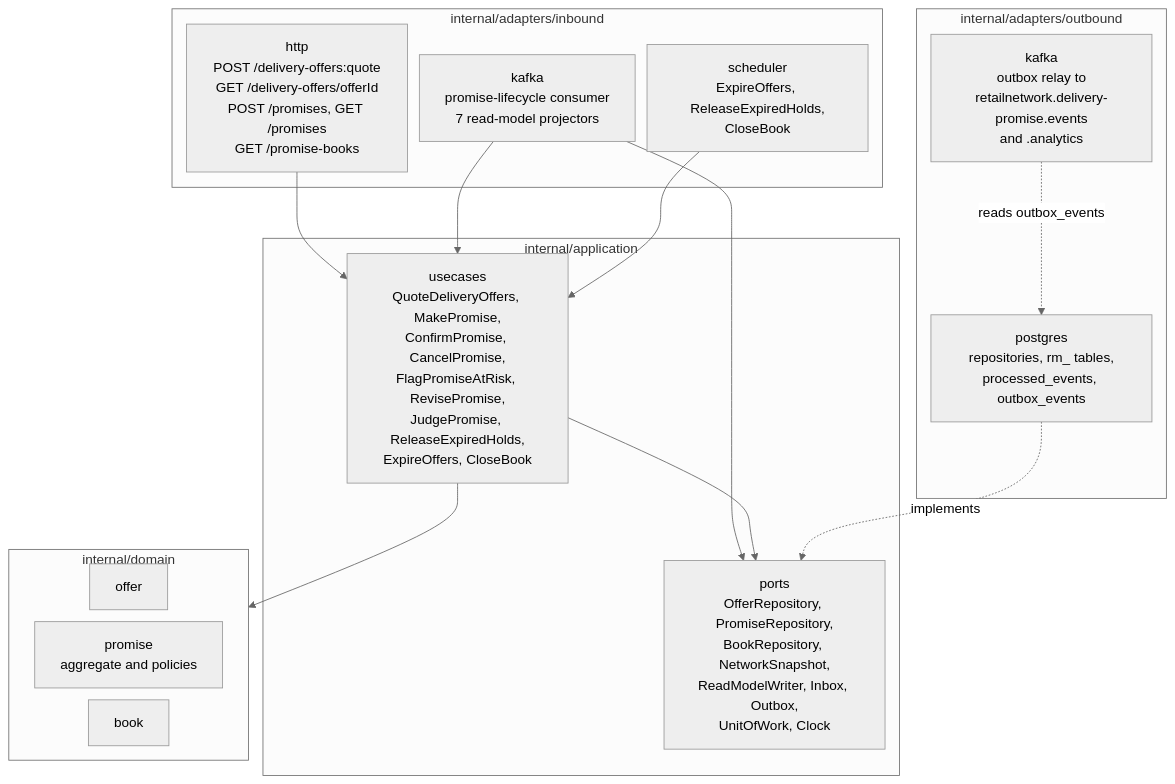
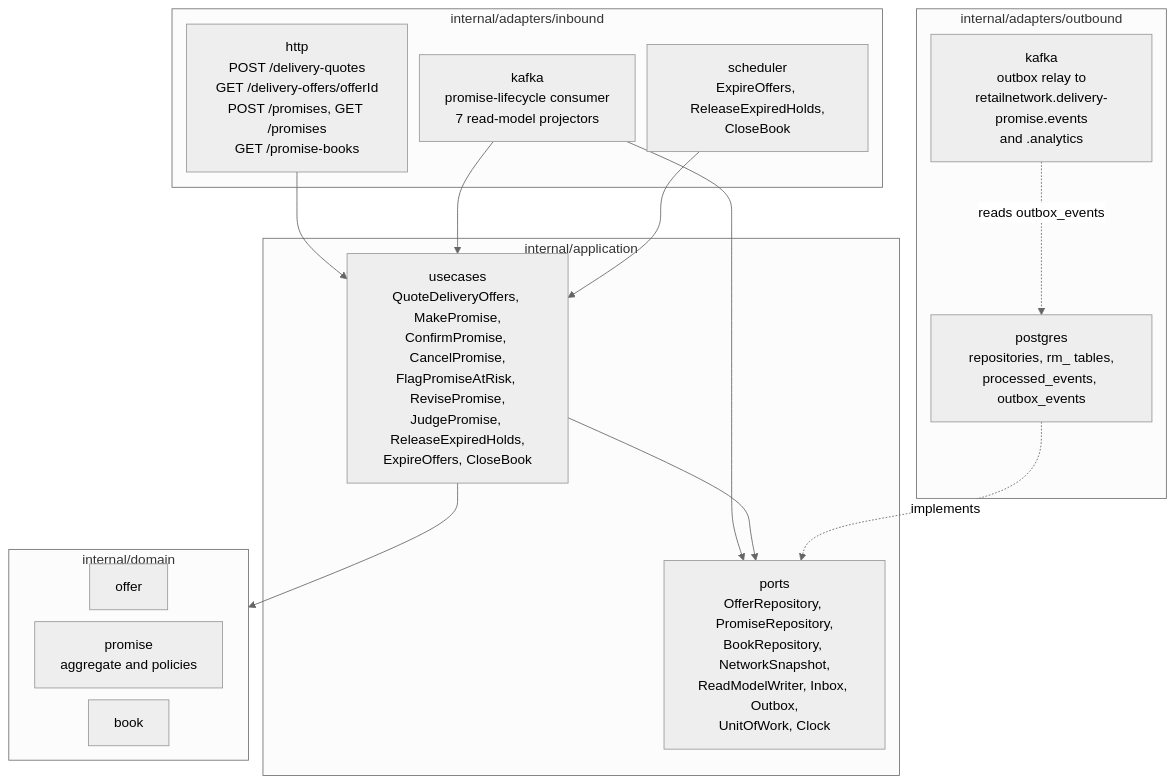
Before and after one commit to IQVO/warehouse-docs: the ninth of 9 diagrams in network/docs/contexts/delivery-promise/class-diagram.md, drawn with Mermaid (neutral theme). The commit also changed 272 other files, not shown here.

````diff
--- a/network/docs/contexts/delivery-promise/class-diagram.md
+++ b/network/docs/contexts/delivery-promise/class-diagram.md
@@ -431,30 +431,30 @@
 ```mermaid
 %%{init: {"flowchart": {"nodeSpacing": 14, "rankSpacing": 36}}}%%
 flowchart TB
     subgraph IN["internal/adapters/inbound"]
-        HTTP["http<br/>POST /delivery-offers:quote<br/>GET /delivery-offers/offerId<br/>POST /promises, GET /promises<br/>GET /promise-books"]
+        HTTP["http<br/>POST /delivery-quotes<br/>GET /delivery-offers/offerId<br/>POST /promises, GET /promises<br/>GET /promise-books"]
         KC["kafka<br/>promise-lifecycle consumer<br/>7 read-model projectors"]
         SCH["scheduler<br/>ExpireOffers, ReleaseExpiredHolds,<br/>CloseBook"]
     end
     subgraph APP["internal/application"]
         UC["usecases<br/>QuoteDeliveryOffers, MakePromise,<br/>ConfirmPromise, CancelPromise,<br/>FlagPromiseAtRisk, RevisePromise,<br/>JudgePromise, ReleaseExpiredHolds,<br/>ExpireOffers, CloseBook"]
         PORTS["ports<br/>OfferRepository, PromiseRepository,<br/>BookRepository, NetworkSnapshot,<br/>ReadModelWriter, Inbox, Outbox,<br/>UnitOfWork, Clock"]
     end
     subgraph DOM["internal/domain"]
         D1["offer"]
         D2["promise<br/>aggregate and policies"]
         D3["book"]
     end
     subgraph OUT["internal/adapters/outbound"]
         PG["postgres<br/>repositories, rm_ tables,<br/>processed_events, outbox_events"]
         KP["kafka<br/>outbox relay to<br/>retailnetwork.delivery-promise.events<br/>and .analytics"]
     end
     HTTP --> UC
     KC --> UC
     KC --> PORTS
     SCH --> UC
     UC --> DOM
     UC --> PORTS
     PG -.->|implements| PORTS
     KP -.->|reads outbox_events| PG
 ```
````
